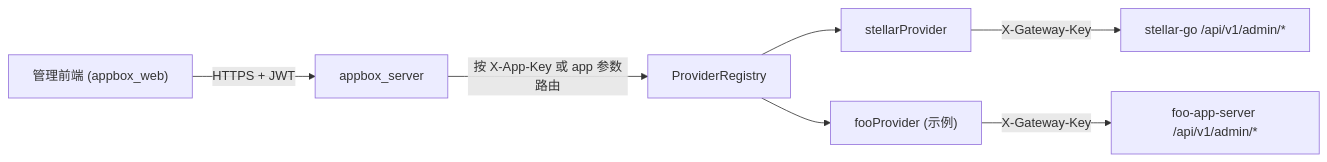
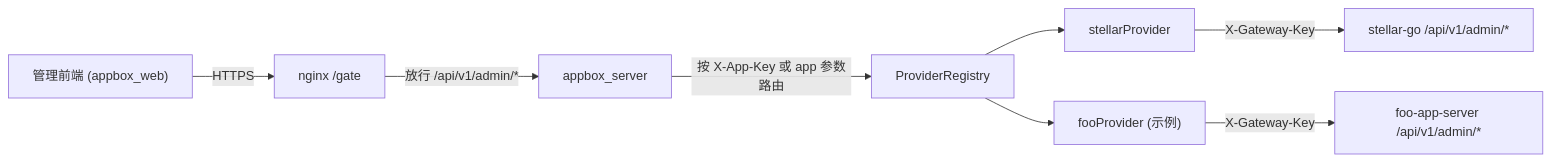
The first of 3 diagrams in docs/features/server/gateway_architecture.md (darren-you/app_box), drawn with Mermaid before and after one commit. The commit also changed other lines of this file and 32 other files, not shown here.

````diff
--- a/docs/features/server/gateway_architecture.md
+++ b/docs/features/server/gateway_architecture.md
@@ -28,9 +28,10 @@
 ```mermaid
 flowchart LR
-    A["管理前端 (appbox_web)"] -->|"HTTPS + JWT"| B["appbox_server"]
-    B -->|"按 X-App-Key 或 app 参数路由"| C["ProviderRegistry"]
-    C --> D["stellarProvider"]
-    C --> E["fooProvider (示例)"]
-    D -->|"X-Gateway-Key"| F["stellar-go /api/v1/admin/*"]
-    E -->|"X-Gateway-Key"| G["foo-app-server /api/v1/admin/*"]
+    A["管理前端 (appbox_web)"] -->|"HTTPS"| B["nginx /gate"]
+    B -->|"放行 /api/v1/admin/*"| C["appbox_server"]
+    C -->|"按 X-App-Key 或 app 参数路由"| D["ProviderRegistry"]
+    D --> E["stellarProvider"]
+    D --> F["fooProvider (示例)"]
+    E -->|"X-Gateway-Key"| G["stellar-go /api/v1/admin/*"]
+    F -->|"X-Gateway-Key"| H["foo-app-server /api/v1/admin/*"]
 ```
````
